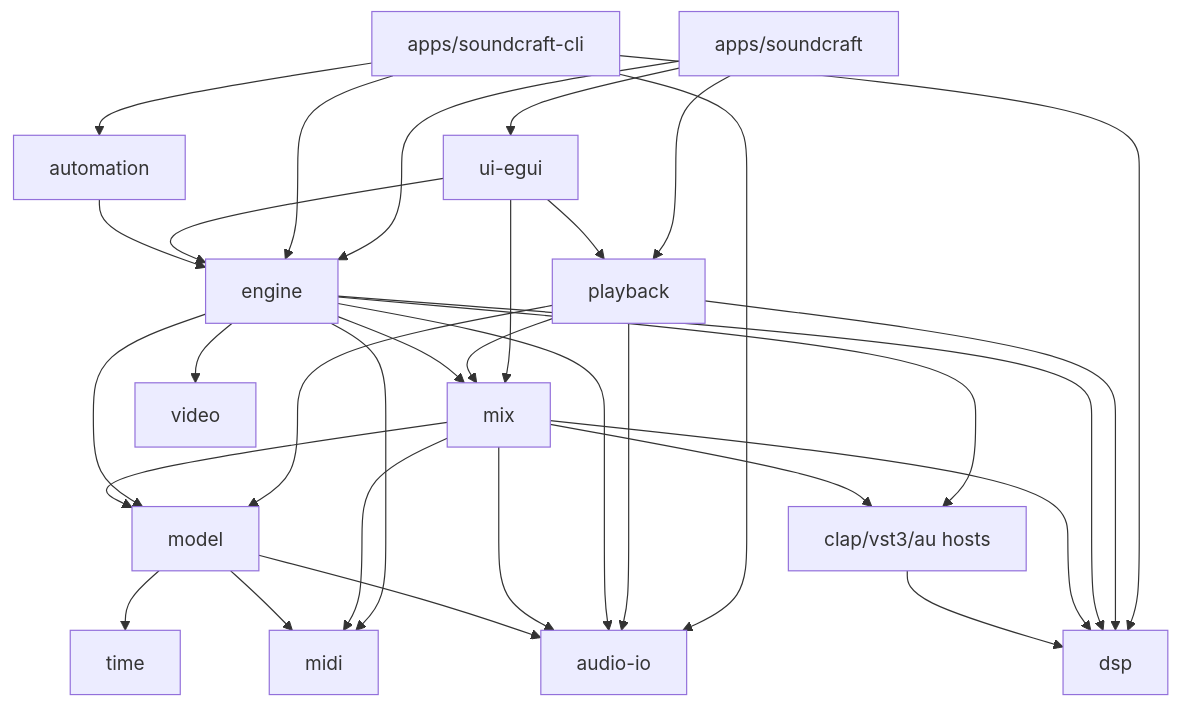
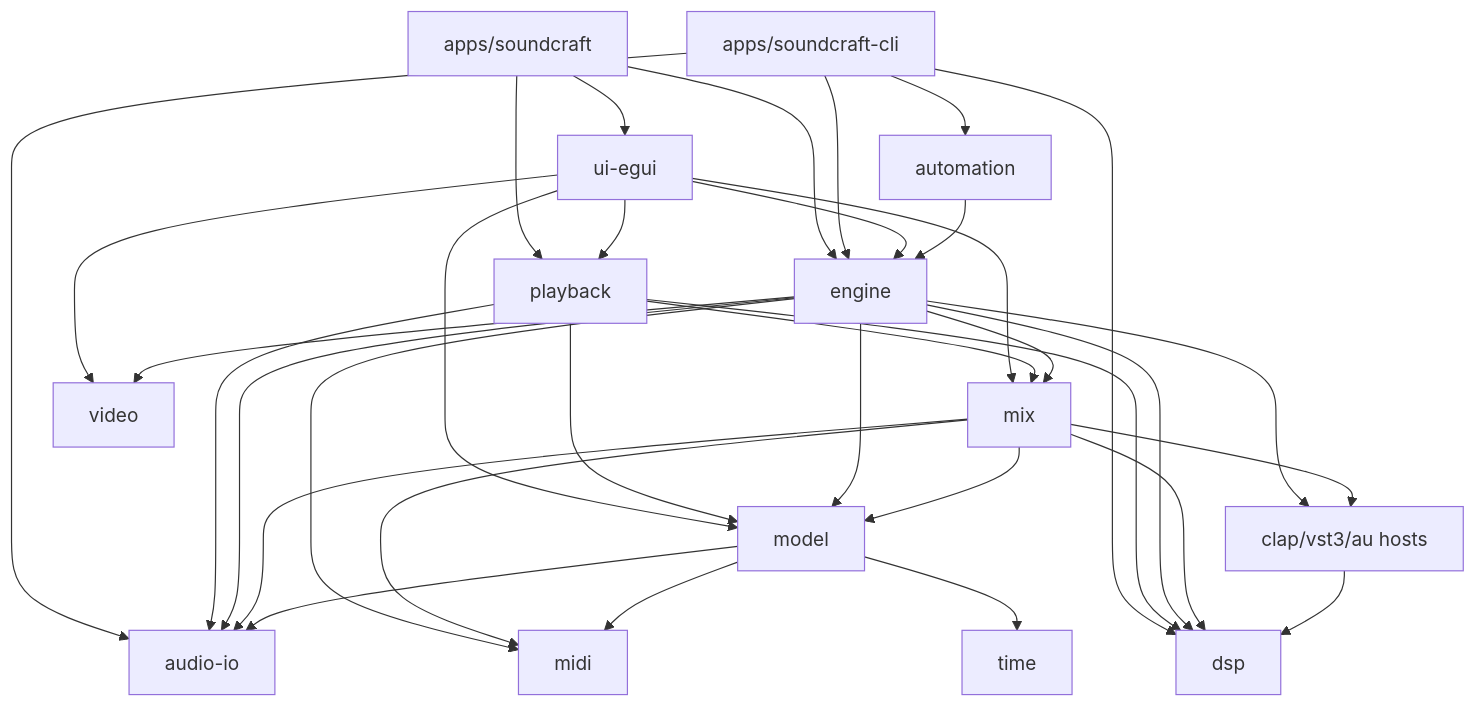
One commit to iannitram/soundcraft changed the diagram in docs/code-map.md. Above: the diagram before and after it, drawn with Mermaid. The commit also changed other lines of this file, not shown here.

````diff
--- a/docs/code-map.md
+++ b/docs/code-map.md
@@ -30,12 +32,12 @@
 ```mermaid
 flowchart TD
   app[apps/soundcraft] --> ui[ui-egui] & engine & playback
   cli[apps/soundcraft-cli] --> engine & automation & audioio[audio-io] & dsp
-  ui --> engine & playback & mix
+  ui --> engine & playback & mix & model & video
   automation --> engine
   playback --> mix & audioio & dsp & model
   engine --> mix & model & audioio & midi & video & dsp & hosts[clap/vst3/au hosts]
   mix --> model & dsp & hosts & audioio & midi
   model --> audioio & midi & time
   hosts --> dsp
 ```
````
